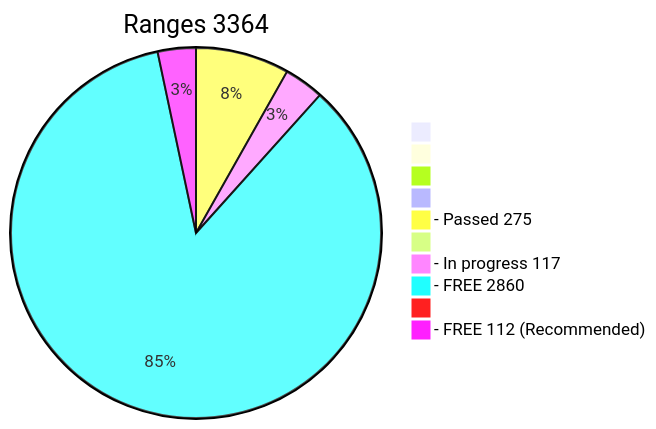
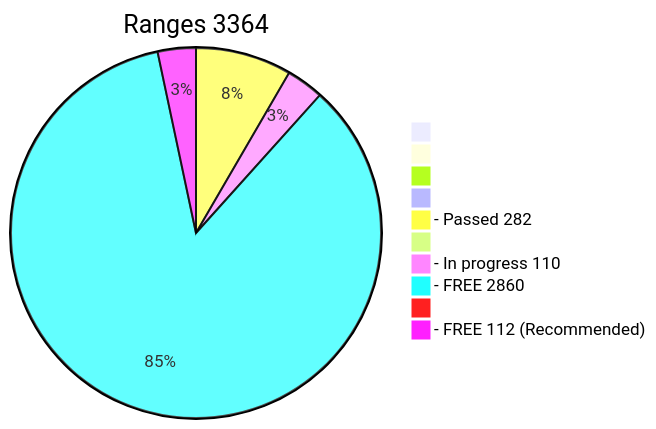
One commit to phrutis/wif500 changed the diagram in x64/Release/table.md. Above: the diagram before and after it, drawn with Mermaid.

````diff
--- a/x64/Release/table.md
+++ b/x64/Release/table.md
@@ -2,13 +2,13 @@
 ```mermaid
 pie title Ranges 3364
   " " : 0
   "  " : 0
   "   " : 0
   "    " : 0
-  "- Passed 275" : 275
+  "- Passed 282" : 282
   "     " : 0
-  "- In progress 117" : 117
+  "- In progress 110" : 110
   "- FREE 2860" : 2860
   "      " : 0
   "- FREE 112 (Recommended)" : 112
 ```
````
